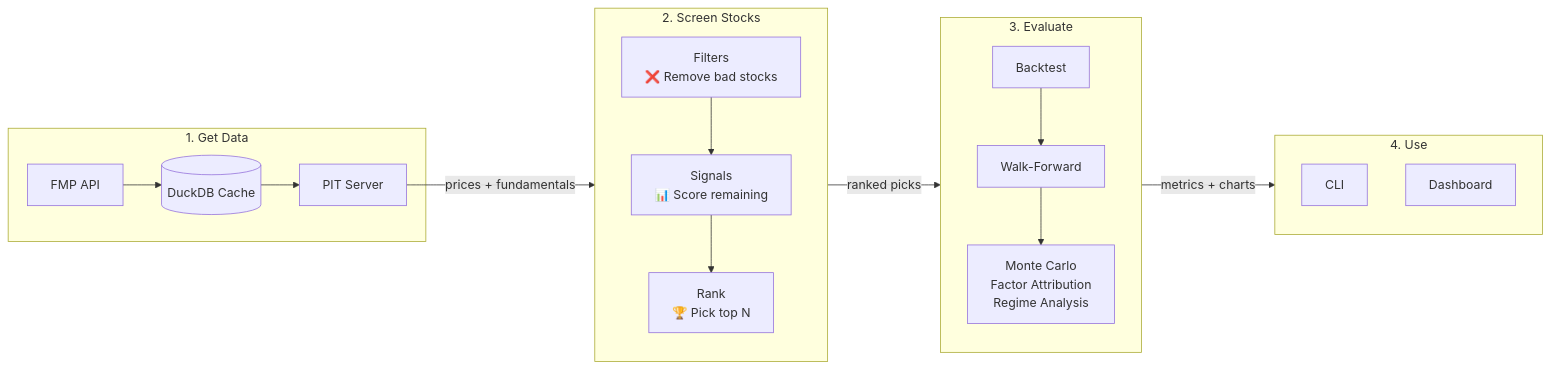
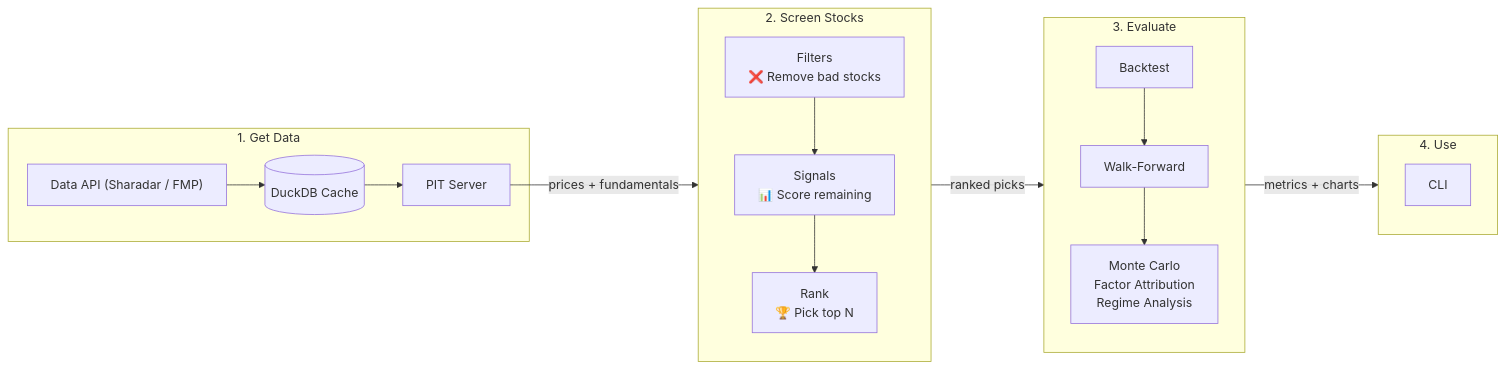
Before and after one commit to jamesjxliao/yass: the diagram in README.md, drawn with Mermaid. The commit also changed other lines of this file and 11 other files, not shown here.

````diff
--- a/README.md
+++ b/README.md
@@ -15,28 +15,27 @@
 ```mermaid
 flowchart LR
     subgraph DATA["1. Get Data"]
-        FMP[FMP API] --> CACHE[(DuckDB Cache)]
+        API["Data API (Sharadar / FMP)"] --> CACHE[(DuckDB Cache)]
         CACHE --> PIT[PIT Server]
     end
 
     subgraph SCREEN["2. Screen Stocks"]
         direction TB
         FILT["Filters\n❌ Remove bad stocks"] --> SIG["Signals\n📊 Score remaining"]
         SIG --> RANK["Rank\n🏆 Pick top N"]
     end
 
     subgraph TEST["3. Evaluate"]
         direction TB
         BT[Backtest] --> WF[Walk-Forward]
         WF --> EVAL["Monte Carlo\nFactor Attribution\nRegime Analysis"]
     end
 
     subgraph USE["4. Use"]
         CLI[CLI]
-        UI[Dashboard]
     end
 
     PIT -->|prices + fundamentals| SCREEN
     SCREEN -->|ranked picks| TEST
     TEST -->|metrics + charts| USE
 ```
````
